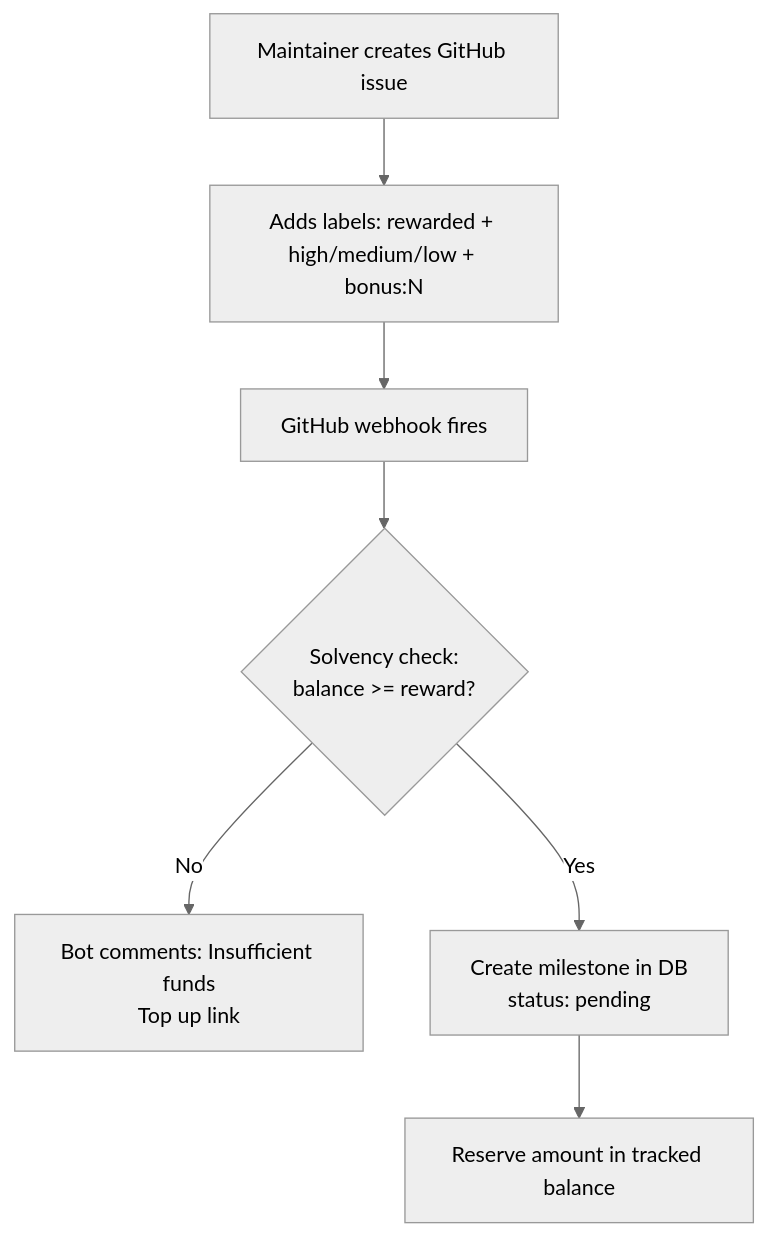
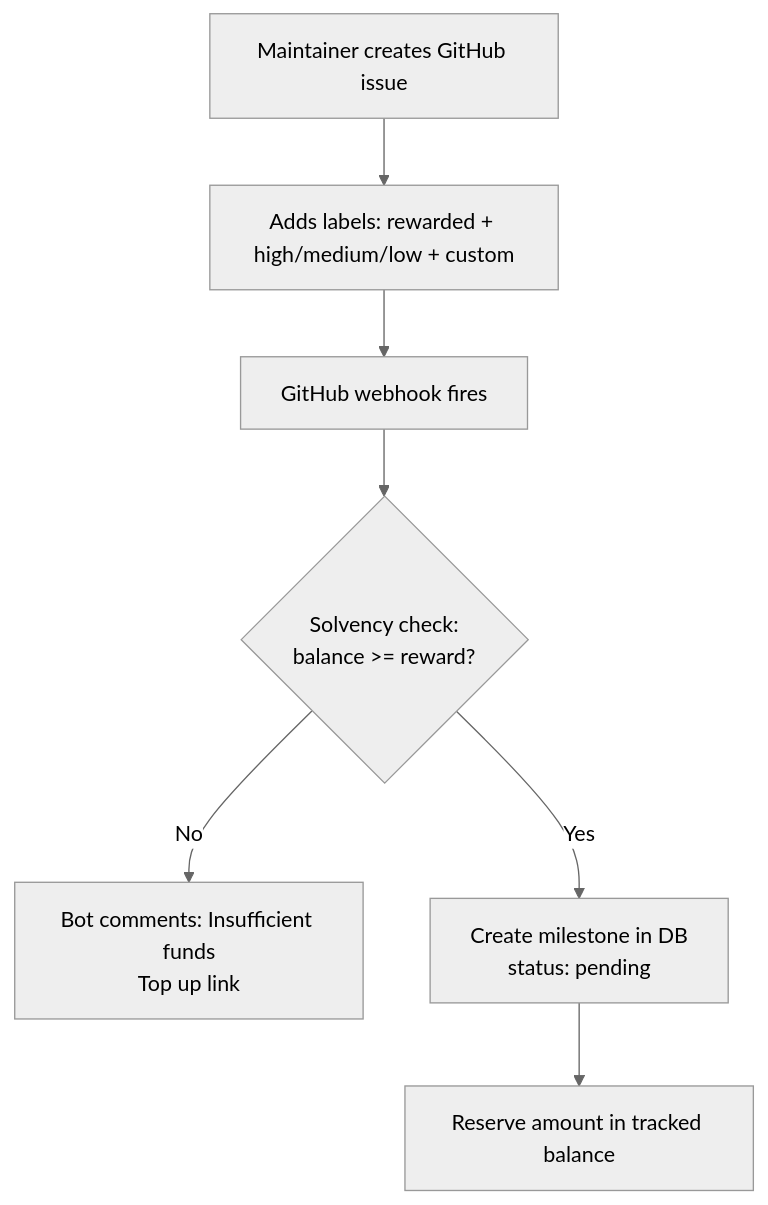
The third of 5 diagrams in docs/plan.md (Trustless-OSS/Trustless-OSS), drawn with Mermaid (neutral theme) before and after one commit. The commit also changed other lines of this file and 6 other files, not shown here.

Commit message:
refactor: unify theme with blue accents, replace bonus labels with custom, and modularize documentation and footer components.

````diff
--- a/docs/plan.md
+++ b/docs/plan.md
@@ -100,9 +100,9 @@
 ```mermaid
 flowchart TD
-    A[Maintainer creates GitHub issue] --> B[Adds labels: rewarded + high/medium/low + bonus:N]
+    A[Maintainer creates GitHub issue] --> B[Adds labels: rewarded + high/medium/low + custom]
     B --> C[GitHub webhook fires]
     C --> D{Solvency check:\nbalance >= reward?}
     D -- No --> E[Bot comments: Insufficient funds\nTop up link]
     D -- Yes --> F[Create milestone in DB\nstatus: pending]
     F --> G[Reserve amount in tracked balance]
 ```
````
